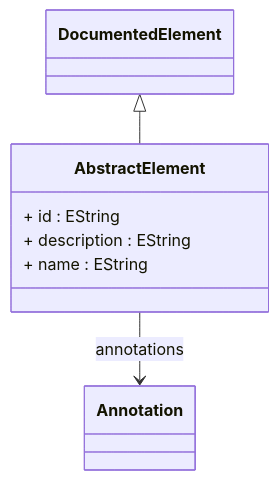
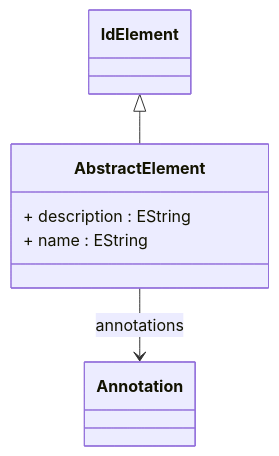
One commit to eclipse-daanse/eclipse-daanse.github.io changed the diagram in docs/cubeserver/model/class-AbstractElement.md. Above: the diagram before and after it, drawn with Mermaid. The commit also changed other lines of this file and 262 other files, not shown here.

````diff
--- a/docs/cubeserver/model/class-AbstractElement.md
+++ b/docs/cubeserver/model/class-AbstractElement.md
@@ -90,12 +83,11 @@
 ```mermaid
 classDiagram
   class AbstractElement {
-    + id : EString
     + description : EString
     + name : EString
   }
 
-  DocumentedElement <|-- AbstractElement
+  IdElement <|-- AbstractElement
   AbstractElement --> Annotation : annotations
 
 ```
````
